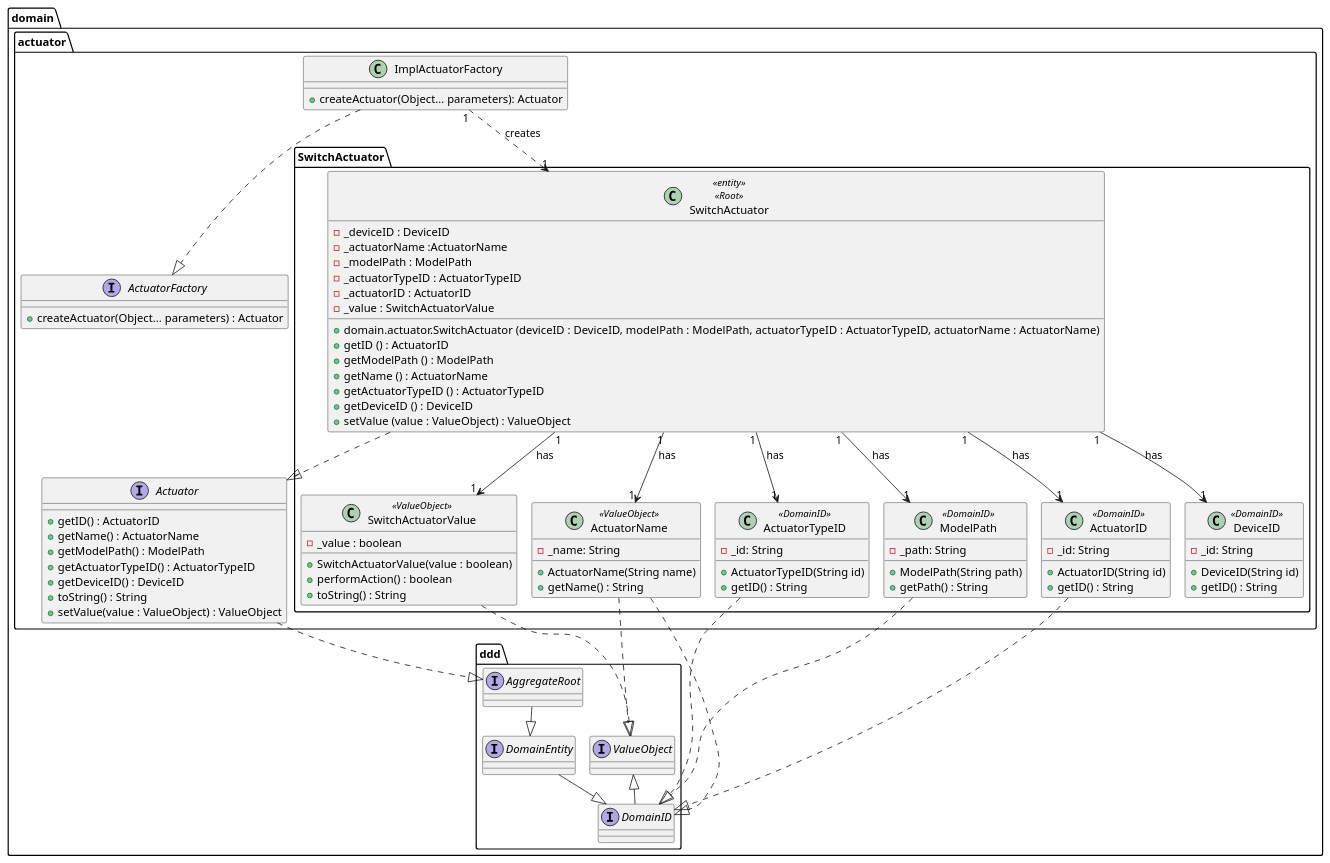
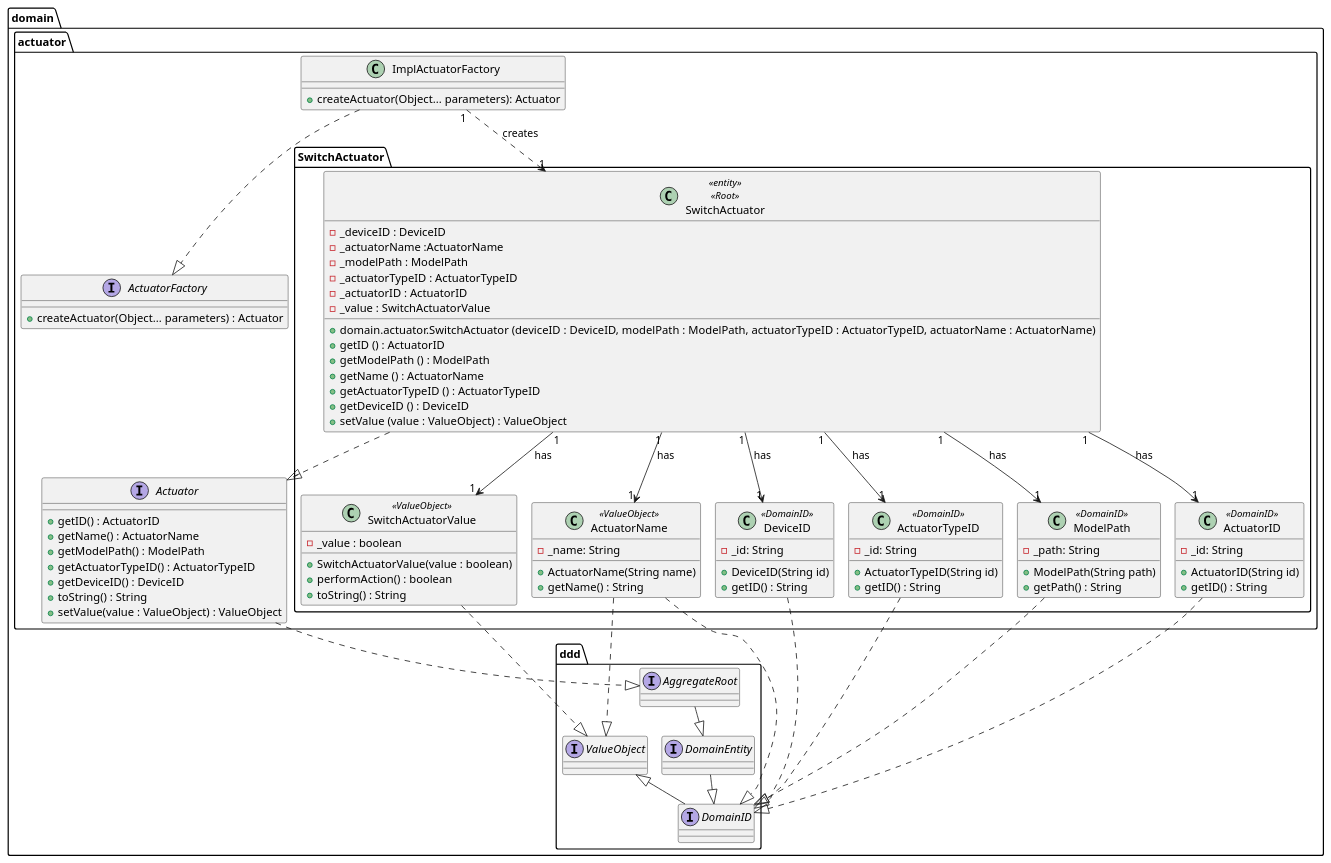
Before and after one commit to olivDiogo/SmartHome: the diagram in docs/userStories/us13/artifacts/US13CD.puml, drawn with PlantUML. The commit also changed 2 other files, not shown here.

```diff
--- a/docs/userStories/us13/artifacts/US13CD.puml
+++ b/docs/userStories/us13/artifacts/US13CD.puml
@@ -1,130 +1,131 @@
 @startuml
 !pragma layout smetana
 
 package domain.actuator {
 
     interface Actuator {
             'Methods'
             + getID() : ActuatorID
             + getName() : ActuatorName
             + getModelPath() : ModelPath
             + getActuatorTypeID() : ActuatorTypeID
             + getDeviceID() : DeviceID
             + toString() : String
             + setValue(value : ValueObject) : ValueObject
     }
 
     interface ActuatorFactory {
         + createActuator(Object... parameters) : Actuator
     }
 
     class ImplActuatorFactory{
         + createActuator(Object... parameters): Actuator
     }
 }
 
 package domain.actuator.SwitchActuator {
 
         class domain.actuator.SwitchActuator.SwitchActuator <<entity>> <<Root>> {
         'Attributes'
         - _deviceID : DeviceID
         - _actuatorName :ActuatorName
         - _modelPath : ModelPath
         - _actuatorTypeID : ActuatorTypeID
         - _actuatorID : ActuatorID
         - _value : SwitchActuatorValue
 
         'Methods'
         +domain.actuator.SwitchActuator (deviceID : DeviceID, modelPath : ModelPath, actuatorTypeID : ActuatorTypeID, actuatorName : ActuatorName)
         +getID () : ActuatorID
         +getModelPath () : ModelPath
         +getName () : ActuatorName
         +getActuatorTypeID () : ActuatorTypeID
         +getDeviceID () : DeviceID
         +setValue (value : ValueObject) : ValueObject
     }
 
 
     class SwitchActuatorValue <<ValueObject>> {
         'Attributes'
         -_value : boolean
 
         'Methods'
         +SwitchActuatorValue(value : boolean)
         +performAction() : boolean
         +toString() : String
     }
 
     class ActuatorTypeID <<DomainID>> {
         - _id: String
         + ActuatorTypeID(String id)
         + getID() : String
     }
 
 
     class ModelPath <<DomainID>> {
         - _path: String
         + ModelPath(String path)
         + getPath() : String
     }
 
     class ActuatorName <<ValueObject>> {
         - _name: String
         + ActuatorName(String name)
         + getName() : String
     }
 
 
     class ActuatorID <<DomainID>> {
         - _id: String
         + ActuatorID(String id)
         + getID() : String
     }
 
     class DeviceID <<DomainID>> {
         - _id: String
         + DeviceID(String id)
         + getID() : String
     }
 }
 
 package domain.ddd {
 
   interface DomainEntity {
   }
 
   interface DomainID extends ValueObject{
   }
 
   interface AggregateRoot {
   }
 
   interface ValueObject {
   }
 }
 
 ImplActuatorFactory ..|> ActuatorFactory
 ImplActuatorFactory "1" ..> "1" domain.actuator.SwitchActuator.SwitchActuator : creates
 
 domain.actuator.SwitchActuator.SwitchActuator ..|> domain.actuator.Actuator
 domain.actuator.SwitchActuator.SwitchActuator "1" --> "1" domain.actuator.SwitchActuator.SwitchActuatorValue : has
 domain.actuator.SwitchActuator.SwitchActuator "1" -->  "1" ActuatorTypeID : has
 domain.actuator.SwitchActuator.SwitchActuator "1" -->  "1" ModelPath : has
 domain.actuator.SwitchActuator.SwitchActuator "1" -->  "1" ActuatorName : has
 domain.actuator.SwitchActuator.SwitchActuator "1" -->  "1" ActuatorID : has
 domain.actuator.SwitchActuator.SwitchActuator "1" -->  "1" DeviceID : has
 
 domain.actuator.SwitchActuator.SwitchActuatorValue ..|> domain.ddd.ValueObject
 domain.actuator.SwitchActuator.ActuatorName ..|> domain.ddd.ValueObject
 
 DomainEntity --|> DomainID
 AggregateRoot --|> DomainEntity
 
 domain.actuator.Actuator ..|> domain.ddd.AggregateRoot
 
 ActuatorTypeID ..|> domain.ddd.DomainID
 ActuatorID ..|> domain.ddd.DomainID
 ModelPath ..|> domain.ddd.DomainID
 ActuatorName ..|> domain.ddd.DomainID
+DeviceID ..|> domain.ddd.DomainID
 
 @enduml
```
